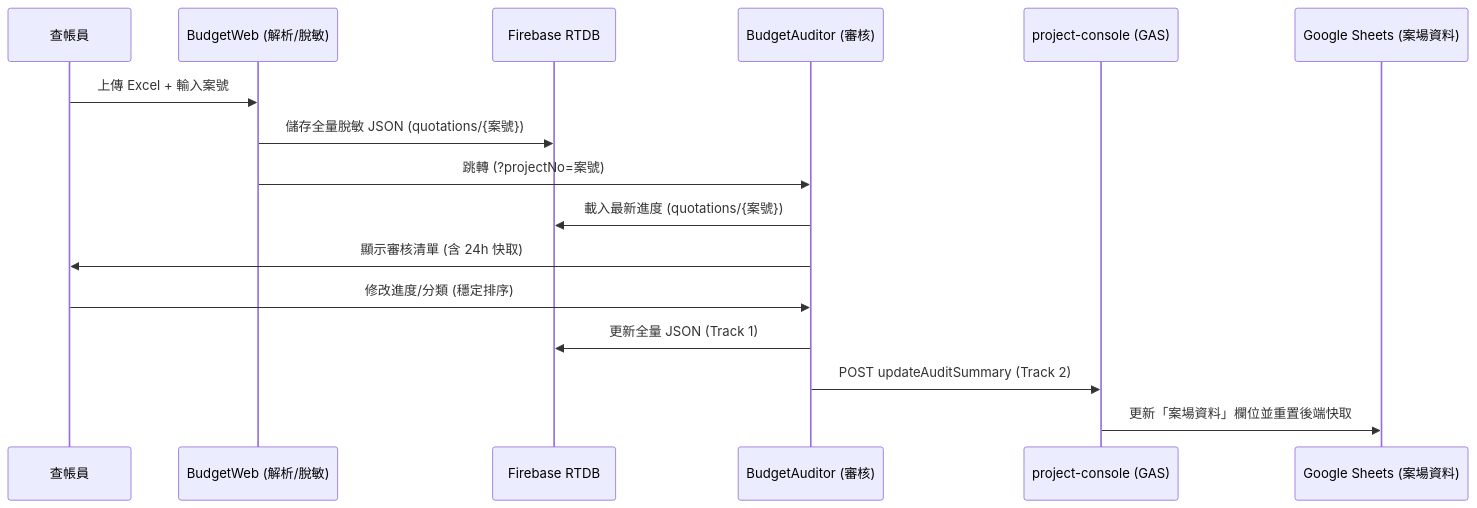
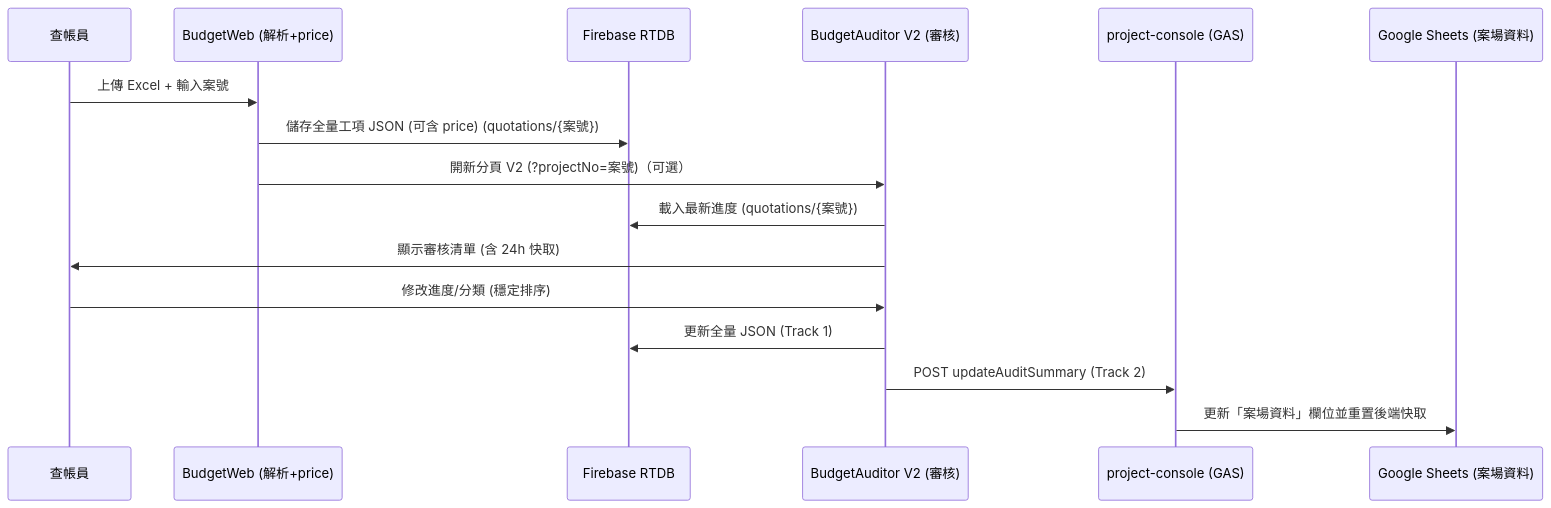
Before and after one commit to nephi4377/liff-checkin: the diagram in SPEC/12_BUDGET_AUDITOR_AND_CONSOLE_INTEGRATION_SPEC.md, drawn with Mermaid. The commit also changed other lines of this file and 9 other files, not shown here.

````diff
--- a/SPEC/12_BUDGET_AUDITOR_AND_CONSOLE_INTEGRATION_SPEC.md
+++ b/SPEC/12_BUDGET_AUDITOR_AND_CONSOLE_INTEGRATION_SPEC.md
@@ -88,19 +97,19 @@
 ```mermaid
 sequenceDiagram
     participant U as 查帳員
-    participant BW as BudgetWeb (解析/脫敏)
+    participant BW as BudgetWeb (解析+price)
     participant FB as Firebase RTDB
-    participant BA as BudgetAuditor (審核)
+    participant BA as BudgetAuditor V2 (審核)
     participant GAS as project-console (GAS)
     participant SS as Google Sheets (案場資料)
 
     U->>BW: 上傳 Excel + 輸入案號
-    BW->>FB: 儲存全量脫敏 JSON (quotations/{案號})
-    BW->>BA: 跳轉 (?projectNo=案號)
+    BW->>FB: 儲存全量工項 JSON (可含 price) (quotations/{案號})
+    BW->>BA: 開新分頁 V2 (?projectNo=案號)（可選）
     BA->>FB: 載入最新進度 (quotations/{案號})
     BA->>U: 顯示審核清單 (含 24h 快取)
     U->>BA: 修改進度/分類 (穩定排序)
     BA->>FB: 更新全量 JSON (Track 1)
     BA->>GAS: POST updateAuditSummary (Track 2)
     GAS->>SS: 更新「案場資料」欄位並重置後端快取
 ```
````
